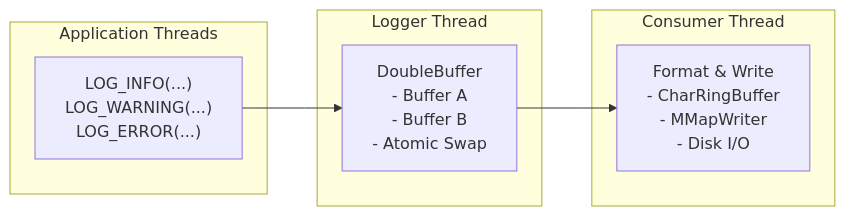
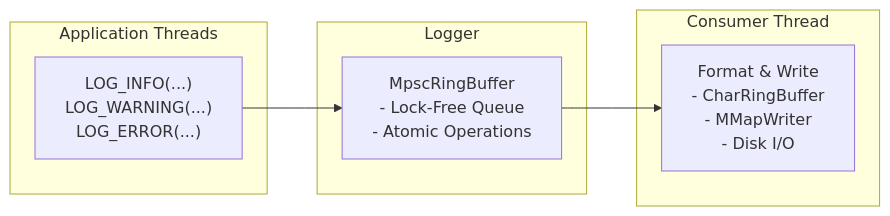
One commit to Falcom4000/logF changed the diagram in README.md. Above: the diagram before and after it, drawn with Mermaid. The commit also changed other lines of this file and 13 other files, not shown here.

Commit message:
using mpsc ring buffer to replace double buffer in order to speed up

````diff
--- a/README.md
+++ b/README.md
@@ -37,16 +37,16 @@
 ```mermaid
 graph LR
     subgraph Application Threads
         A["LOG_INFO(...)\nLOG_WARNING(...)\nLOG_ERROR(...)"]
     end
 
-    subgraph "Logger Thread"
-        B["DoubleBuffer\n- Buffer A\n- Buffer B\n- Atomic Swap"]
+    subgraph "Logger"
+        B["MpscRingBuffer\n- Lock-Free Queue\n- Atomic Operations"]
     end
 
     subgraph "Consumer Thread"
         C["Format & Write\n- CharRingBuffer\n- MMapWriter\n- Disk I/O"]
     end
 
     A --> B --> C
 ```
````
